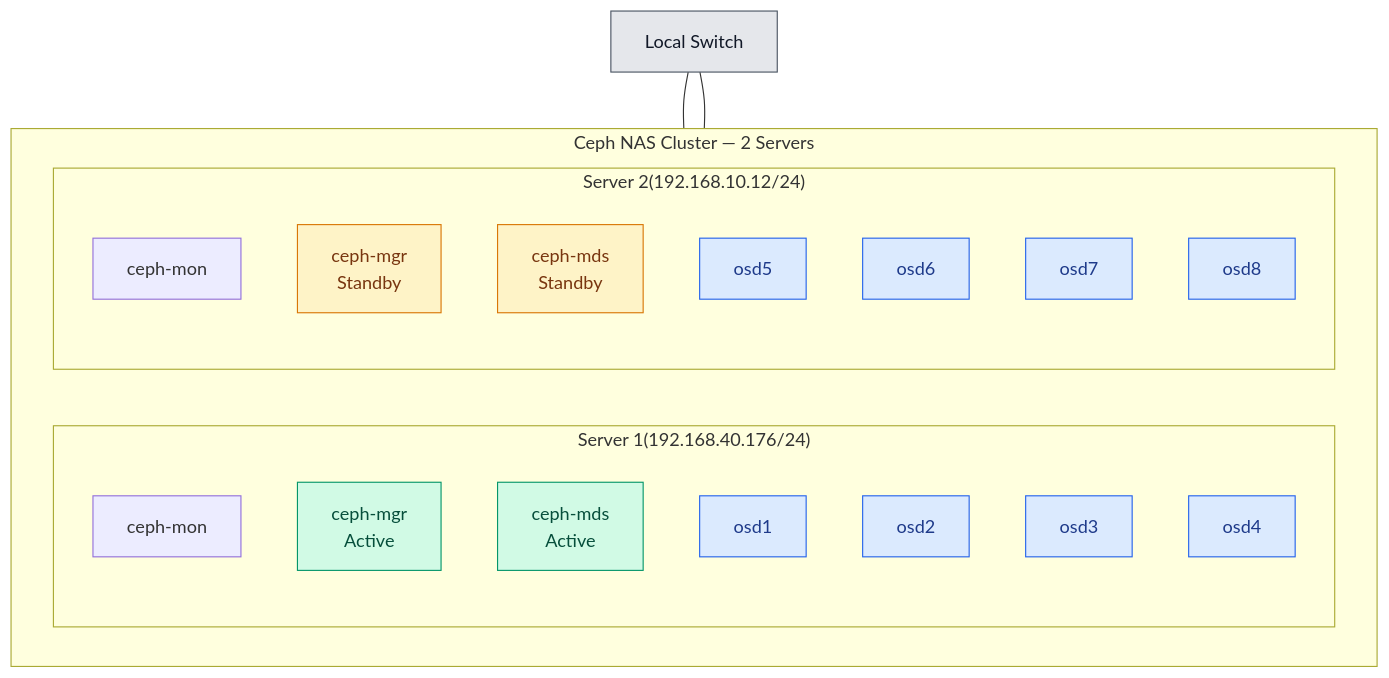
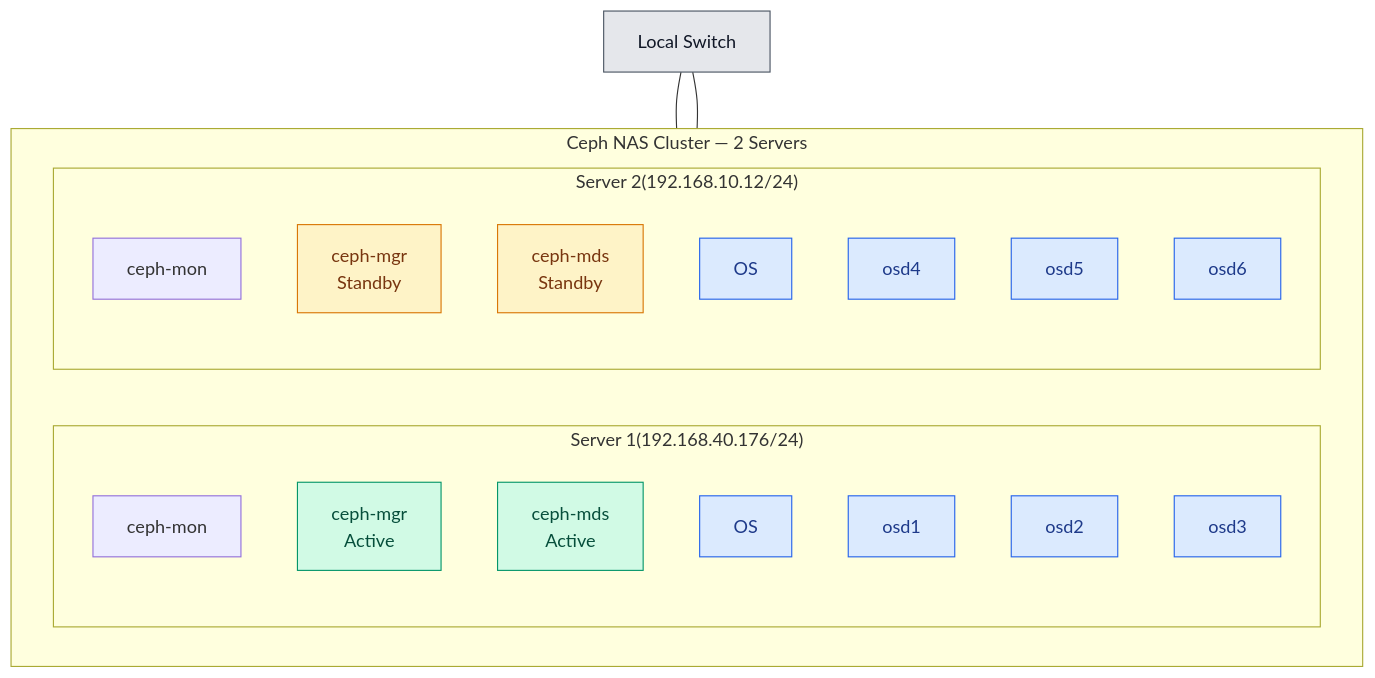
One commit to adwaidh-user/ceph-NAS-setup changed the diagram in Overall architecture.md. Above: the diagram before and after it, drawn with Mermaid. The commit also changed other lines of this file, not shown here.

First line of the commit message:
Architecture changes

````diff
--- a/Overall architecture.md
+++ b/Overall architecture.md
@@ -71,43 +2,43 @@
 ```mermaid
 flowchart TB
     SW["Local Switch"]
     
     subgraph CLUSTER["Ceph NAS Cluster — 2 Servers"]
         direction LR
         
         subgraph S1["Server 1(192.168.40.176/24)"]
 	        direction TB
             MON1["ceph-mon"]
             MGR1["ceph-mgr<br/>Active"]
             MDS1["ceph-mds<br/>Active"]
-            D1["osd1"]
-            D2["osd2"]
-            D3["osd3"]
-            D4["osd4"]
+            D1["OS"]
+            D2["osd1"]
+            D3["osd2"]
+            D4["osd3"]
         end
         
         subgraph S2["Server 2(192.168.10.12/24)"]
 	        direction TB
             MON2["ceph-mon"]
             MGR2["ceph-mgr<br/>Standby"]
             MDS2["ceph-mds<br/>Standby"]
-            D5["osd5"]
-            D6["osd6"]
-            D7["osd7"]
-            D8["osd8"]
+            D5["OS"]
+            D6["osd4"]
+            D7["osd5"]
+            D8["osd6"]
         end
     end
     
     SW --- S1
     SW --- S2
     
     classDef active fill:#d1fae5,stroke:#059669,color:#064e3b
     classDef standby fill:#fef3c7,stroke:#d97706,color:#78350f
     classDef disk fill:#dbeafe,stroke:#2563eb,color:#1e3a8a
     classDef switch fill:#e5e7eb,stroke:#4b5563,color:#111827
     
     class MGR1,MDS1 active
     class MGR2,MDS2 standby
     class D1,D2,D3,D4,D5,D6,D7,D8 disk
     class SW switch
 ```
````
